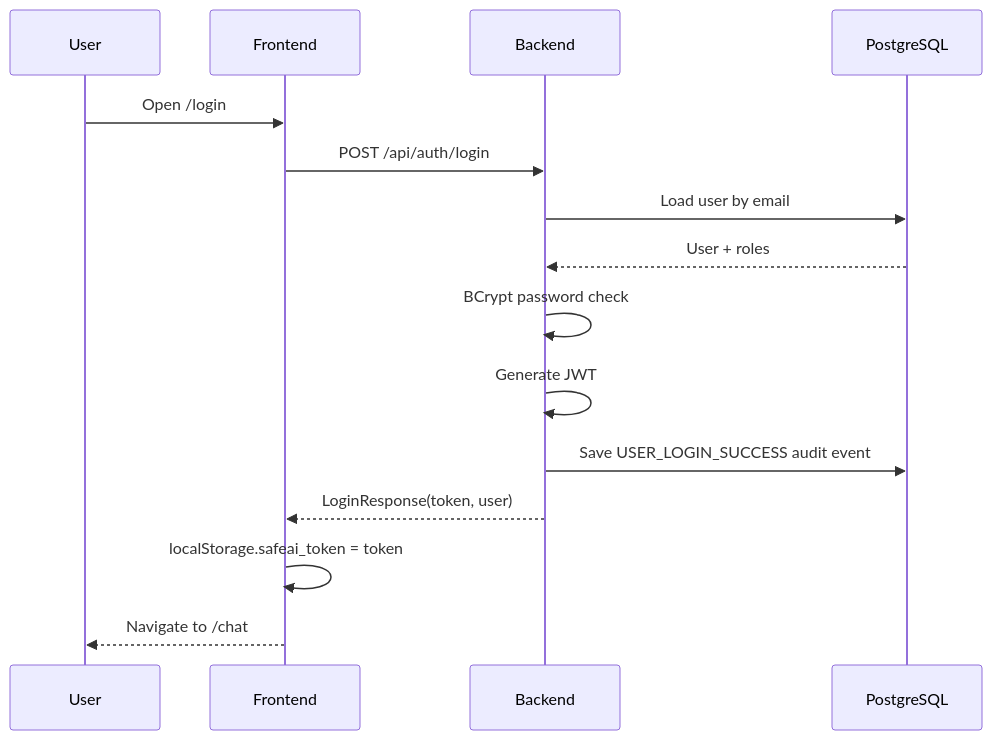
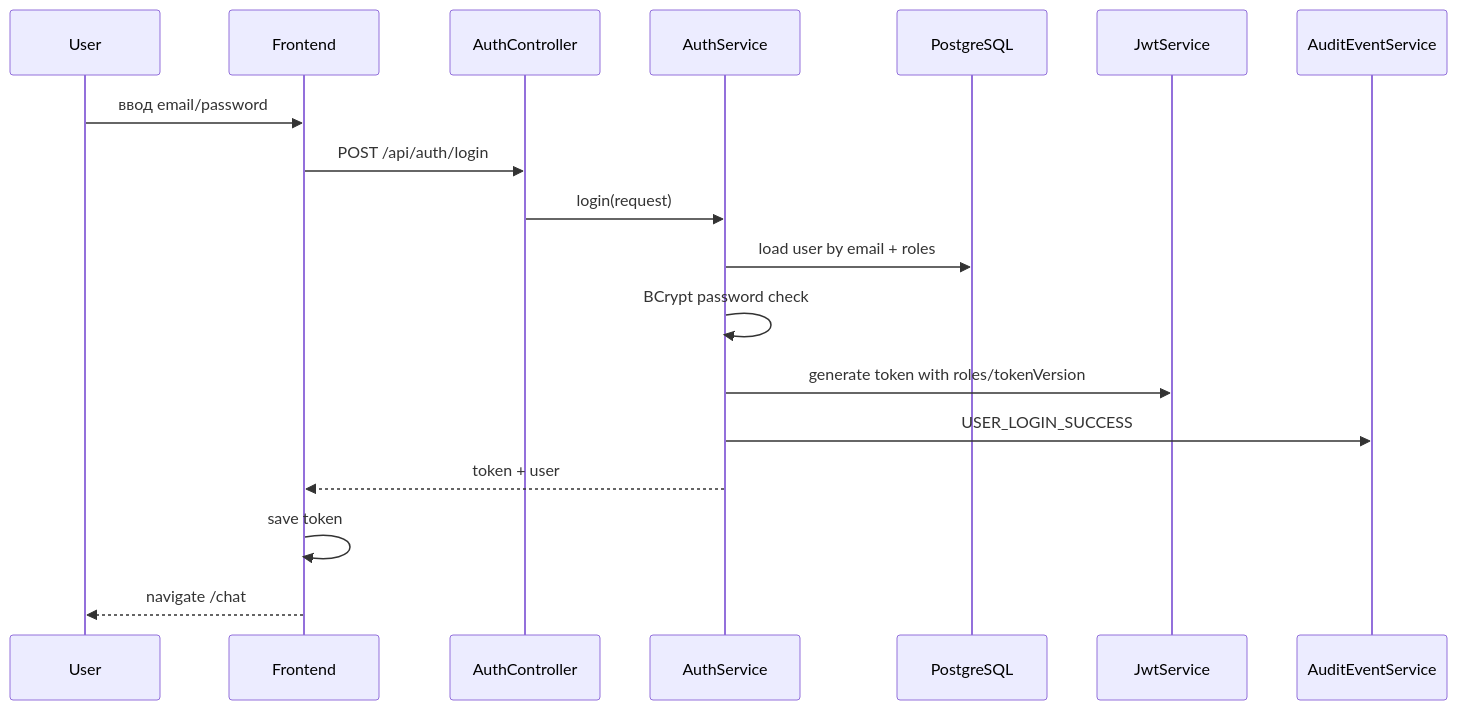
Before and after one commit to Amid-1/Safeai-desk: the second of 6 diagrams in README.md, drawn with Mermaid. The commit also changed other lines of this file and 83 other files, not shown here.

````diff
--- a/README.md
+++ b/README.md
@@ -186,18 +354,21 @@
 ```mermaid
 sequenceDiagram
-    participant User
-    participant Frontend
-    participant Backend
+    participant U as User
+    participant F as Frontend
+    participant A as AuthController
+    participant S as AuthService
     participant DB as PostgreSQL
+    participant JWT as JwtService
+    participant AUD as AuditEventService
 
-    User->>Frontend: Open /login
-    Frontend->>Backend: POST /api/auth/login
-    Backend->>DB: Load user by email
-    DB-->>Backend: User + roles
-    Backend->>Backend: BCrypt password check
-    Backend->>Backend: Generate JWT
-    Backend->>DB: Save USER_LOGIN_SUCCESS audit event
-    Backend-->>Frontend: LoginResponse(token, user)
-    Frontend->>Frontend: localStorage.safeai_token = token
-    Frontend-->>User: Navigate to /chat
+    U->>F: ввод email/password
+    F->>A: POST /api/auth/login
+    A->>S: login(request)
+    S->>DB: load user by email + roles
+    S->>S: BCrypt password check
+    S->>JWT: generate token with roles/tokenVersion
+    S->>AUD: USER_LOGIN_SUCCESS
+    S-->>F: token + user
+    F->>F: save token
+    F-->>U: navigate /chat
 ```
````
